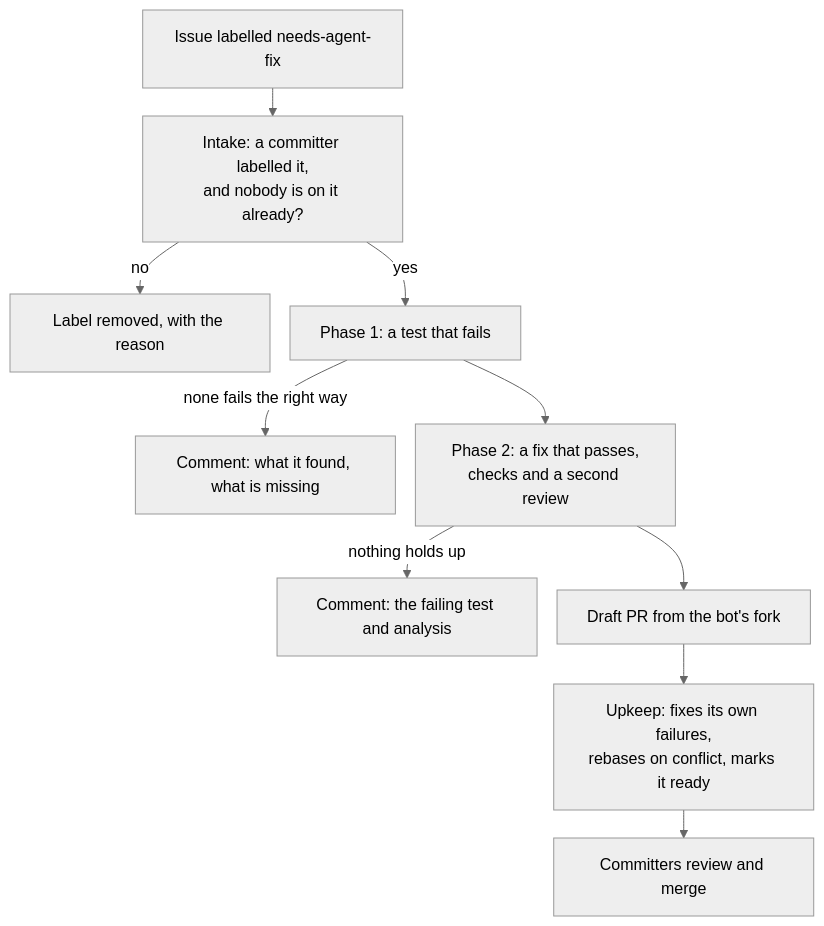
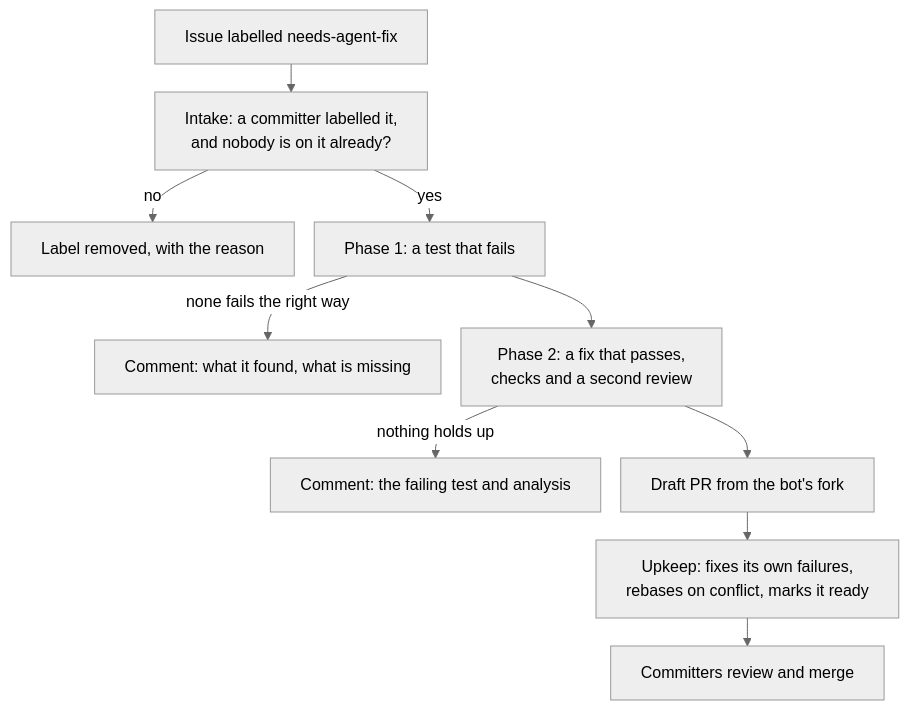
The first of 5 diagrams in docs/design/software-factory.md (sarthakaggarwal97/valkey-ci-agent), drawn with Mermaid (neutral theme) before and after one commit. The commit also changed other lines of this file, not shown here.

Commit message:
Let diagram boxes wrap wider, so they take fewer lines

````diff
--- a/docs/design/software-factory.md
+++ b/docs/design/software-factory.md
@@ -18,13 +18,13 @@
 ```mermaid
-%%{init: {"flowchart": {"nodeSpacing": 20, "rankSpacing": 28}}}%%
+%%{init: {"flowchart": {"nodeSpacing": 20, "rankSpacing": 28, "wrappingWidth": 360}}}%%
 flowchart TD
     A["Issue labelled needs-agent-fix"] --> B["Intake: a committer labelled it,<br/>and nobody is on it already?"]
     B -->|"no"| X["Label removed, with the reason"]
     B -->|"yes"| C["Phase 1: a test that fails"]
     C -->|"none fails the right way"| D["Comment: what it found, what is missing"]
     C --> E["Phase 2: a fix that passes,<br/>checks and a second review"]
     E -->|"nothing holds up"| F["Comment: the failing test and analysis"]
     E --> G["Draft PR from the bot's fork"]
     G --> H["Upkeep: fixes its own failures,<br/>rebases on conflict, marks it ready"]
     H --> I["Committers review and merge"]
 ```
````
